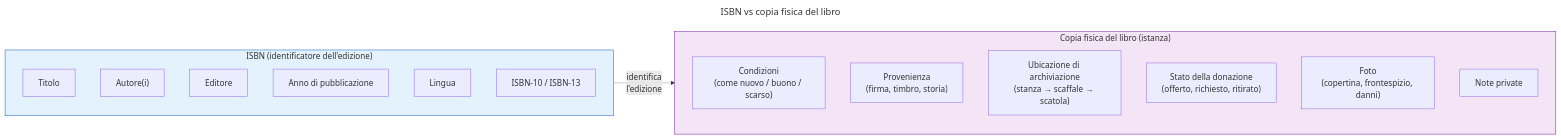
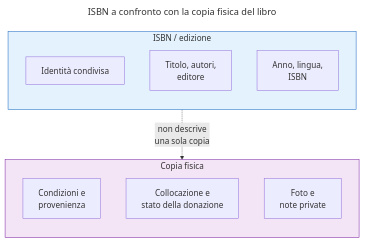
One commit to mihafreenode/let-books changed the diagram in docs/diagrams/blog/isbn-not-a-database/it/isbn-vs-physical-book.mmd. Above: the diagram before and after it, drawn with Mermaid. The commit also changed 430 other files, not shown here.

```diff
--- a/docs/diagrams/blog/isbn-not-a-database/it/isbn-vs-physical-book.mmd
+++ b/docs/diagrams/blog/isbn-not-a-database/it/isbn-vs-physical-book.mmd
@@ -1,28 +1,22 @@
 ---
-title: ISBN vs copia fisica del libro
+title: ISBN a confronto con la copia fisica del libro
 ---
-flowchart LR
-    subgraph ISBN["ISBN (identificatore dell'edizione)"]
+flowchart TB
+    subgraph ISBN["ISBN / edizione"]
         direction TB
-        I1["Titolo"]
-        I2["Autore(i)"]
-        I3["Editore"]
-        I4["Anno di pubblicazione"]
-        I5["Lingua"]
-        I6["ISBN-10 / ISBN-13"]
+        I1["Identità condivisa"]
+        I2["Titolo, autori,<br/>editore"]
+        I3["Anno, lingua,<br/>ISBN"]
     end
 
-    subgraph Physical["Copia fisica del libro (istanza)"]
+    subgraph Physical["Copia fisica"]
         direction TB
-        P1["Condizioni<br/>(come nuovo / buono / scarso)"]
-        P2["Provenienza<br/>(firma, timbro, storia)"]
-        P3["Ubicazione di archiviazione<br/>(stanza → scaffale → scatola)"]
-        P4["Stato della donazione<br/>(offerto, richiesto, ritirato)"]
-        P5["Foto<br/>(copertina, frontespizio, danni)"]
-        P6["Note private"]
+        P1["Condizioni e<br/>provenienza"]
+        P2["Collocazione e<br/>stato della donazione"]
+        P3["Foto e<br/>note private"]
     end
 
-    ISBN -.->|"identifica<br/>l'edizione"| Physical
+    I3 -.->|"non descrive<br/>una sola copia"| P1
 
     style ISBN fill:#e3f2fd,stroke:#1565c0
     style Physical fill:#f3e5f5,stroke:#7b1fa2
```
